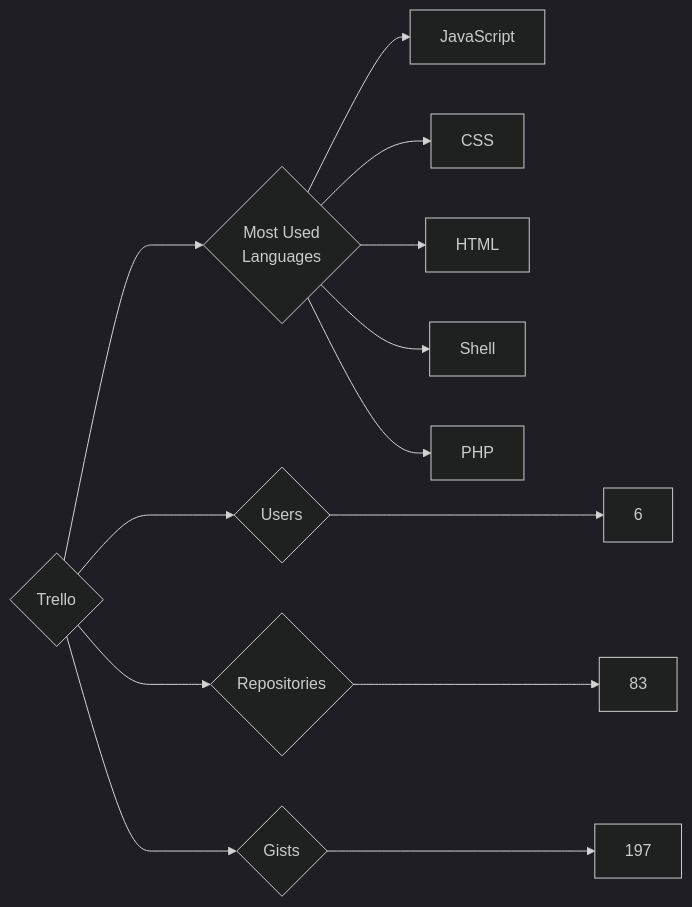
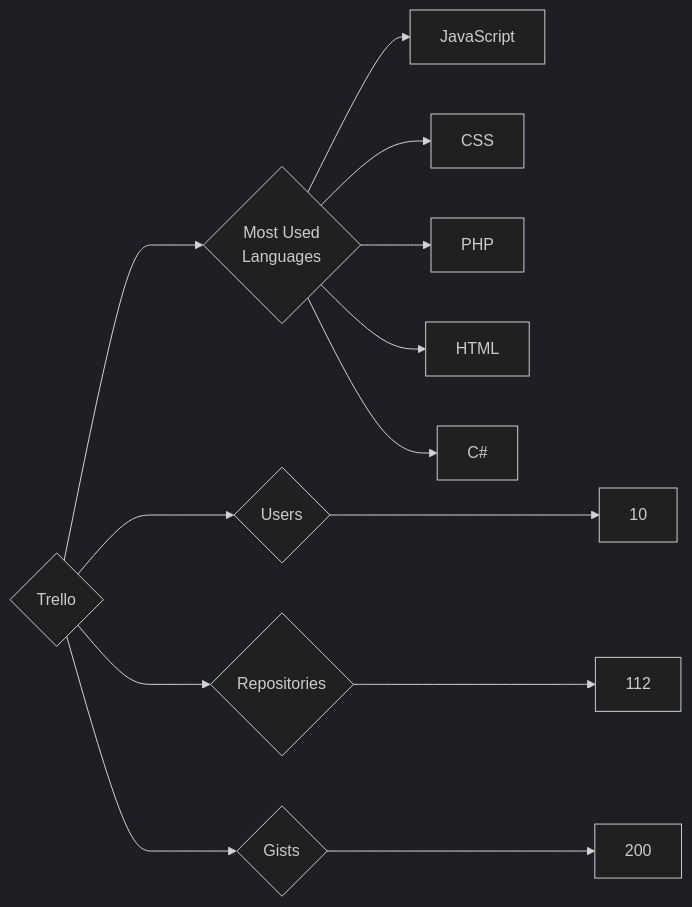
Before and after one commit to trickest/insiders: the diagram in targets/Trello/README.md, drawn with Mermaid (dark theme). The commit also changed 948 other files, not shown here.

````diff
--- a/targets/Trello/README.md
+++ b/targets/Trello/README.md
@@ -3,13 +3,13 @@
 ```mermaid
 graph LR
 COMPANY_NAME{Trello}
-COMPANY_NAME ---> U{Users} ---> UN[6]
-COMPANY_NAME ---> R{Repositories} ---> RN[83]
-COMPANY_NAME ---> G{Gists} ---> GN[197]
+COMPANY_NAME ---> U{Users} ---> UN[10]
+COMPANY_NAME ---> R{Repositories} ---> RN[112]
+COMPANY_NAME ---> G{Gists} ---> GN[200]
 COMPANY_NAME ---> ML{Most Used<br>Languages}
 ML --> JavaScript[JavaScript]
 ML --> CSS[CSS]
+ML --> PHP[PHP]
 ML --> HTML[HTML]
-ML --> Shell[Shell]
-ML --> PHP[PHP]
+ML --> C#[C#]
 ```
````
